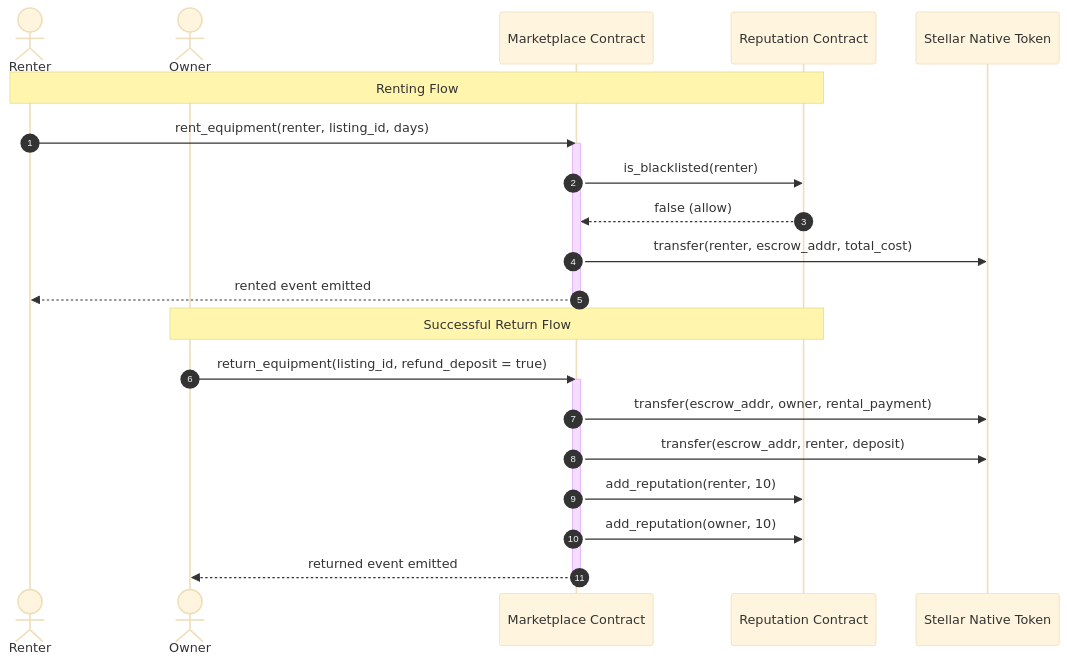
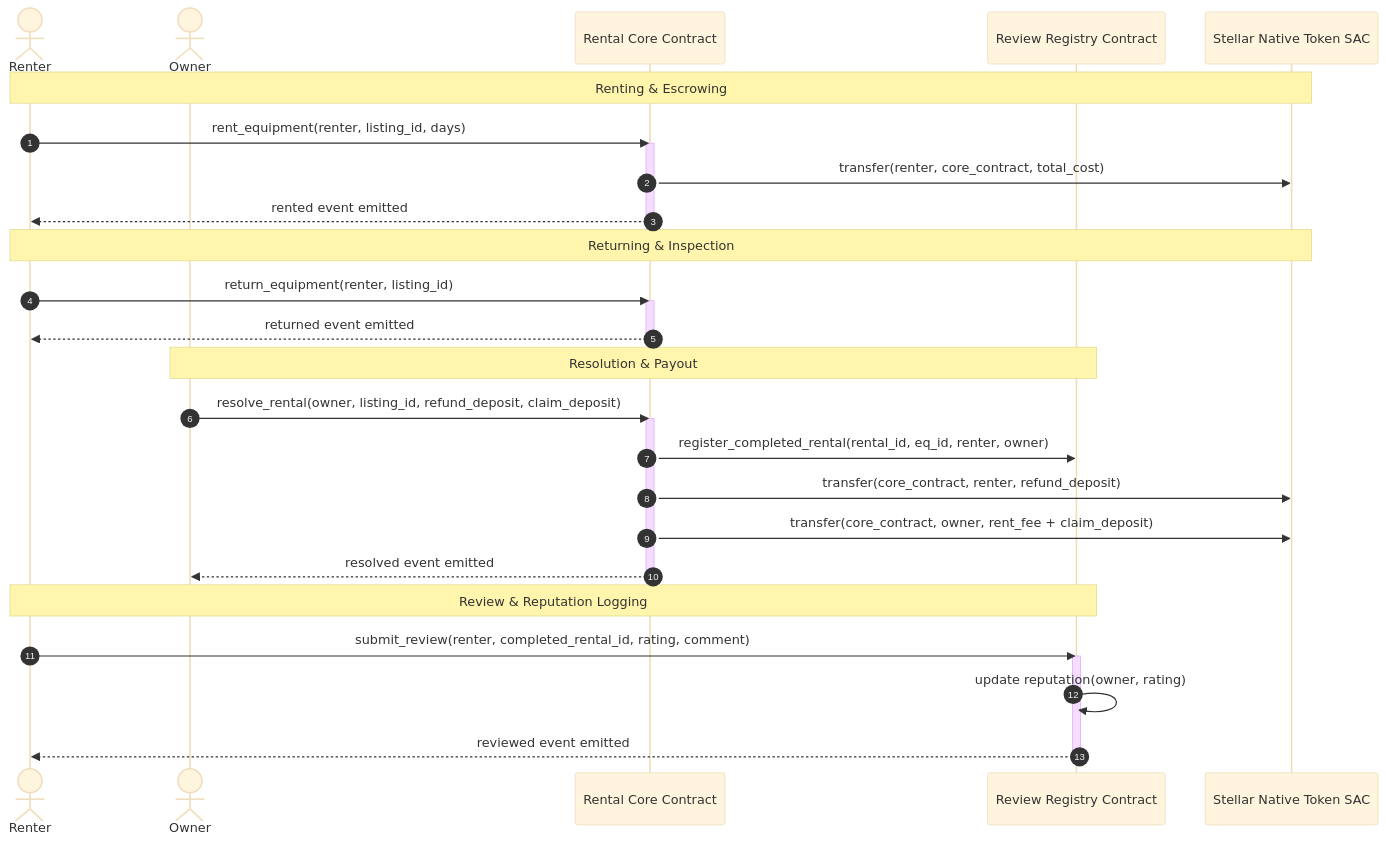
One commit to shouvik7majumdar/equipmentrentalmarketplace changed the second of 2 diagrams in README.md. Above: the diagram before and after it, drawn with Mermaid (base theme). The commit also changed other lines of this file and 11 other files, not shown here.

````diff
--- a/README.md
+++ b/README.md
@@ -56,28 +23,38 @@
 ```mermaid
 sequenceDiagram
     autonumber
     actor Renter
     actor Owner
-    participant Marketplace as Marketplace Contract
-    participant Reputation as Reputation Contract
-    participant Token as Stellar Native Token
+    participant Core as Rental Core Contract
+    participant Registry as Review Registry Contract
+    participant Token as Stellar Native Token SAC
 
-    Note over Renter, Reputation: Renting Flow
-    Renter->>Marketplace: rent_equipment(renter, listing_id, days)
-    activate Marketplace
-    Marketplace->>Reputation: is_blacklisted(renter)
-    Reputation-->>Marketplace: false (allow)
-    Marketplace->>Token: transfer(renter, escrow_addr, total_cost)
-    Marketplace-->>Renter: rented event emitted
-    deactivate Marketplace
+    Note over Renter, Token: Renting & Escrowing
+    Renter->>Core: rent_equipment(renter, listing_id, days)
+    activate Core
+    Core->>Token: transfer(renter, core_contract, total_cost)
+    Core-->>Renter: rented event emitted
+    deactivate Core
 
-    Note over Owner, Reputation: Successful Return Flow
-    Owner->>Marketplace: return_equipment(listing_id, refund_deposit = true)
-    activate Marketplace
-    Marketplace->>Token: transfer(escrow_addr, owner, rental_payment)
-    Marketplace->>Token: transfer(escrow_addr, renter, deposit)
-    Marketplace->>Reputation: add_reputation(renter, 10)
-    Marketplace->>Reputation: add_reputation(owner, 10)
-    Marketplace-->>Owner: returned event emitted
-    deactivate Marketplace
+    Note over Renter, Token: Returning & Inspection
+    Renter->>Core: return_equipment(renter, listing_id)
+    activate Core
+    Core-->>Renter: returned event emitted
+    deactivate Core
+
+    Note over Owner, Registry: Resolution & Payout
+    Owner->>Core: resolve_rental(owner, listing_id, refund_deposit, claim_deposit)
+    activate Core
+    Core->>Registry: register_completed_rental(rental_id, eq_id, renter, owner)
+    Core->>Token: transfer(core_contract, renter, refund_deposit)
+    Core->>Token: transfer(core_contract, owner, rent_fee + claim_deposit)
+    Core-->>Owner: resolved event emitted
+    deactivate Core
+
+    Note over Renter, Registry: Review & Reputation Logging
+    Renter->>Registry: submit_review(renter, completed_rental_id, rating, comment)
+    activate Registry
+    Registry->>Registry: update reputation(owner, rating)
+    Registry-->>Renter: reviewed event emitted
+    deactivate Registry
 ```
````
